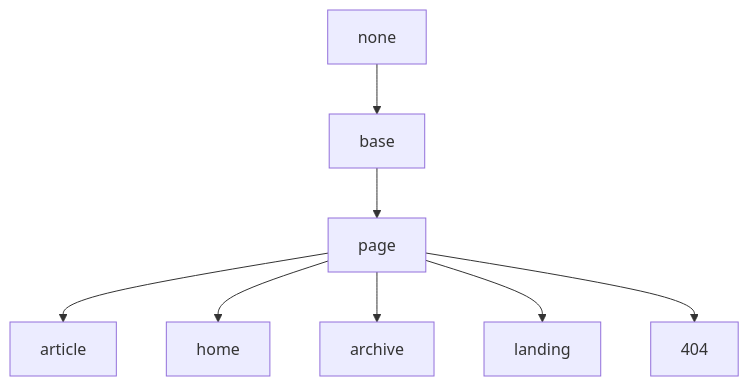
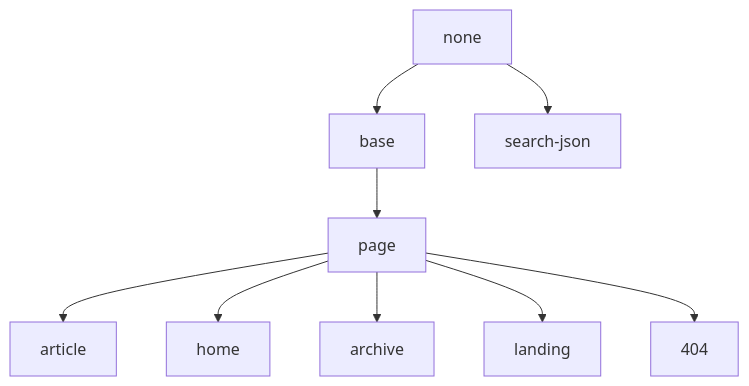
The diagram in docs/en/2.3-layouts.md (hillaryyang/hillaryyang.github.io), drawn with Mermaid before and after one commit. The commit also changed 44 other files, not shown here.

````diff
--- a/docs/en/2.3-layouts.md
+++ b/docs/en/2.3-layouts.md
@@ -7,18 +7,20 @@
 ```mermaid
 graph TB;
     NONE[none]
     BASE[base]
     PAGE[page]
     ARTICLE[article]
     HOME[home]
     ARCHIVE[archive]
     LANDING[landing]
     404[404]
+    SEARCH_JSON[search-json]
     NONE-->BASE;
+    NONE-->SEARCH_JSON;
     BASE-->PAGE;
     PAGE-->ARTICLE;
     PAGE-->HOME;
     PAGE-->ARCHIVE;
     PAGE-->LANDING;
     PAGE-->404;
 ```
````
